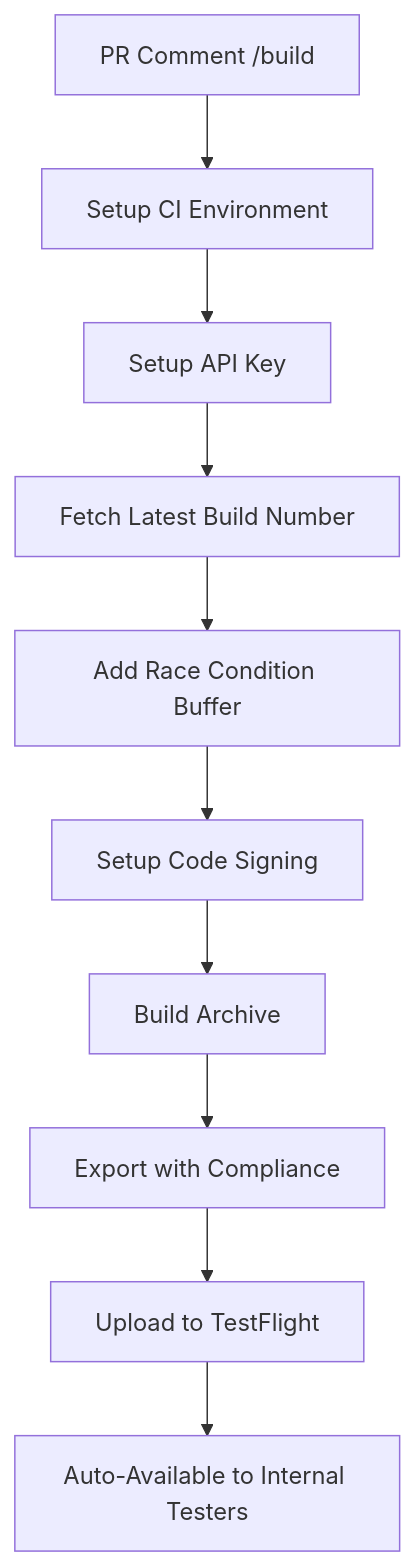
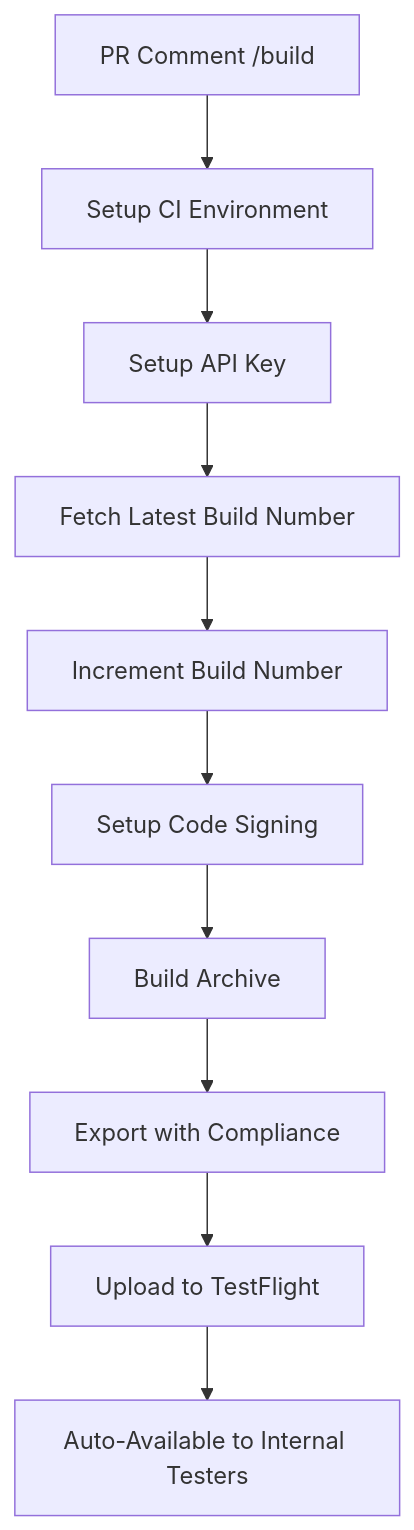
The diagram in README.md (othmansh0/CD-starter-project), drawn with Mermaid before and after one commit. The commit also changed other lines of this file and 1 other file, not shown here.

First line of the commit message:
fix: Remove build number buffer (+2) and use standard increment (+1)

````diff
--- a/README.md
+++ b/README.md
@@ -136,12 +136,12 @@
 ```mermaid
 graph TD
     A[PR Comment /build] --> B[Setup CI Environment]
     B --> C[Setup API Key]
     C --> D[Fetch Latest Build Number]
-    D --> E[Add Race Condition Buffer]
+    D --> E[Increment Build Number]
     E --> F[Setup Code Signing]
     F --> G[Build Archive]
     G --> H[Export with Compliance]
     H --> I[Upload to TestFlight]
     I --> J[Auto-Available to Internal Testers]
 ```
````
